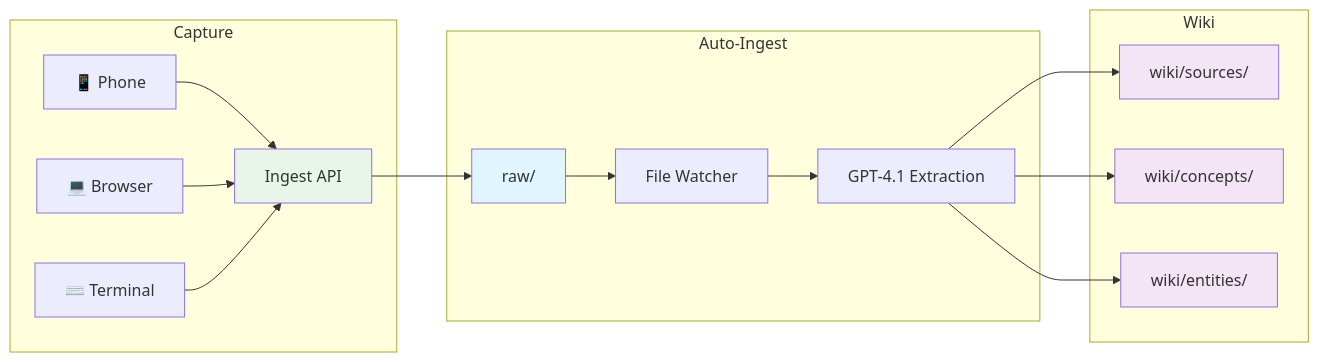
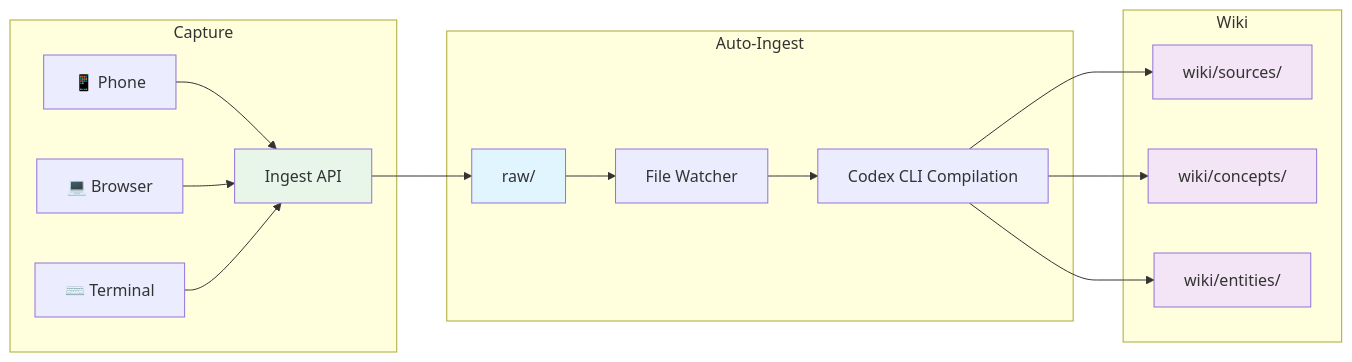
Before and after one commit to jbl306/labs-wiki: the diagram in README.md, drawn with Mermaid. The commit also changed other lines of this file and 13 other files, not shown here.

Commit message:
feat: switch wiki ingest to codex cli

````diff
--- a/README.md
+++ b/README.md
@@ -7,26 +7,26 @@
 ```mermaid
 graph LR
     subgraph "Capture"
         P[📱 Phone] --> API[Ingest API]
         B[💻 Browser] --> API
         T[⌨️ Terminal] --> API
     end
 
     subgraph "Auto-Ingest"
         API --> RAW[raw/]
         RAW --> W[File Watcher]
-        W --> LLM[GPT-4.1 Extraction]
+        W --> LLM[Codex CLI Compilation]
     end
 
     subgraph "Wiki"
         LLM --> S[wiki/sources/]
         LLM --> C[wiki/concepts/]
         LLM --> E[wiki/entities/]
     end
 
     style RAW fill:#e1f5fe
     style S fill:#f3e5f5
     style C fill:#f3e5f5
     style E fill:#f3e5f5
     style API fill:#e8f5e9
 ```
````
